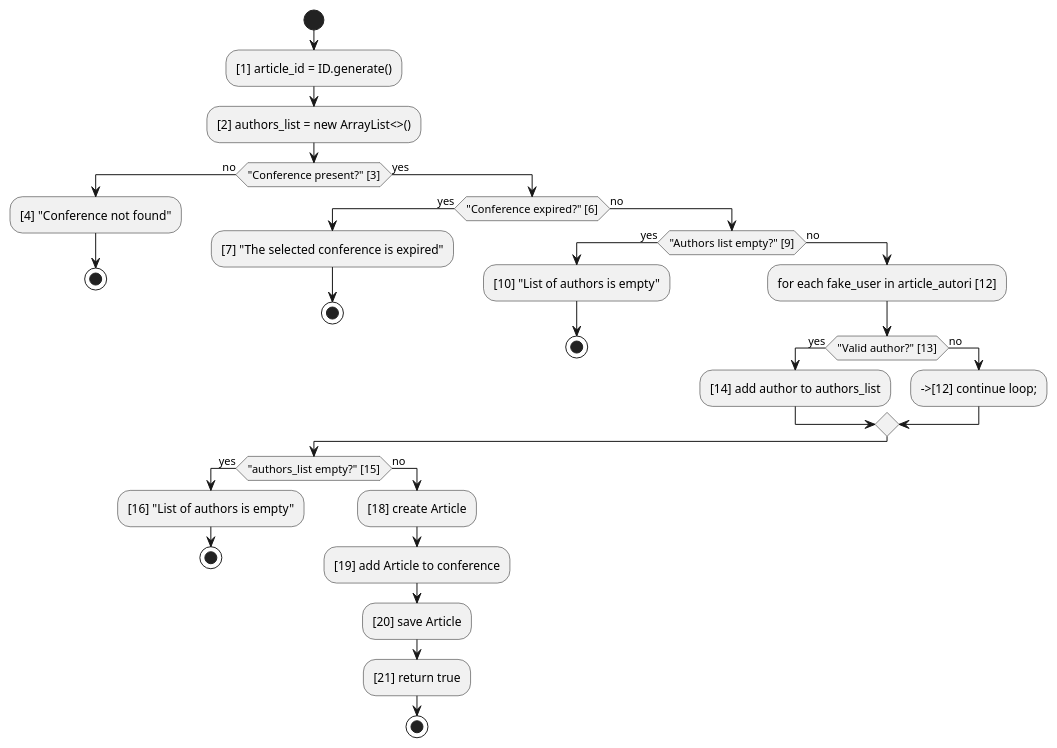
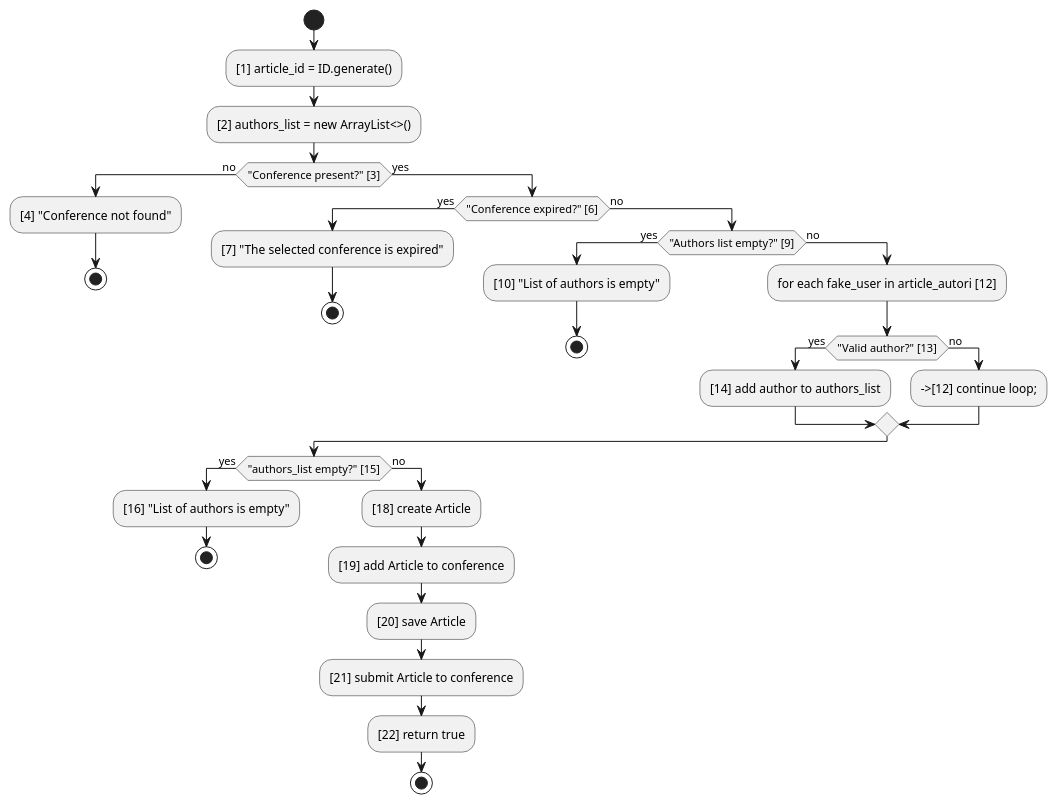
The diagram in VisualParadigm/test_submitArticle.puml (Air4x/Progetto_ISW), drawn with PlantUML before and after one commit.

Commit message:
aggiornato test_submitArticle

```diff
--- a/VisualParadigm/test_submitArticle.puml
+++ b/VisualParadigm/test_submitArticle.puml
@@ -1,40 +1,41 @@
 @startuml
 start
 
 :[1] article_id = ID.generate();
 :[2] authors_list = new ArrayList<>();
 
 if ("Conference present?" [3]) then (no)
   :[4] "Conference not found";
   stop
 else (yes)
   if ("Conference expired?" [6]) then (yes)
     :[7] "The selected conference is expired";
     stop
   else (no)
     if ("Authors list empty?" [9]) then (yes)
       :[10] "List of authors is empty";
       stop
     else (no)
       :for each fake_user in article_autori [12];
       if ("Valid author?" [13]) then (yes)
         :[14] add author to authors_list;
       else (no)
         -->[12] continue loop;
       endif
     endif
   endif
 endif
 
 if ("authors_list empty?" [15]) then (yes)
   :[16] "List of authors is empty";
   stop
 else (no)
   :[18] create Article;
   :[19] add Article to conference;
   :[20] save Article;
-  :[21] return true;
+  :[21] submit Article to conference;
+  :[22] return true;
   stop
 endif
 
 @enduml
```
